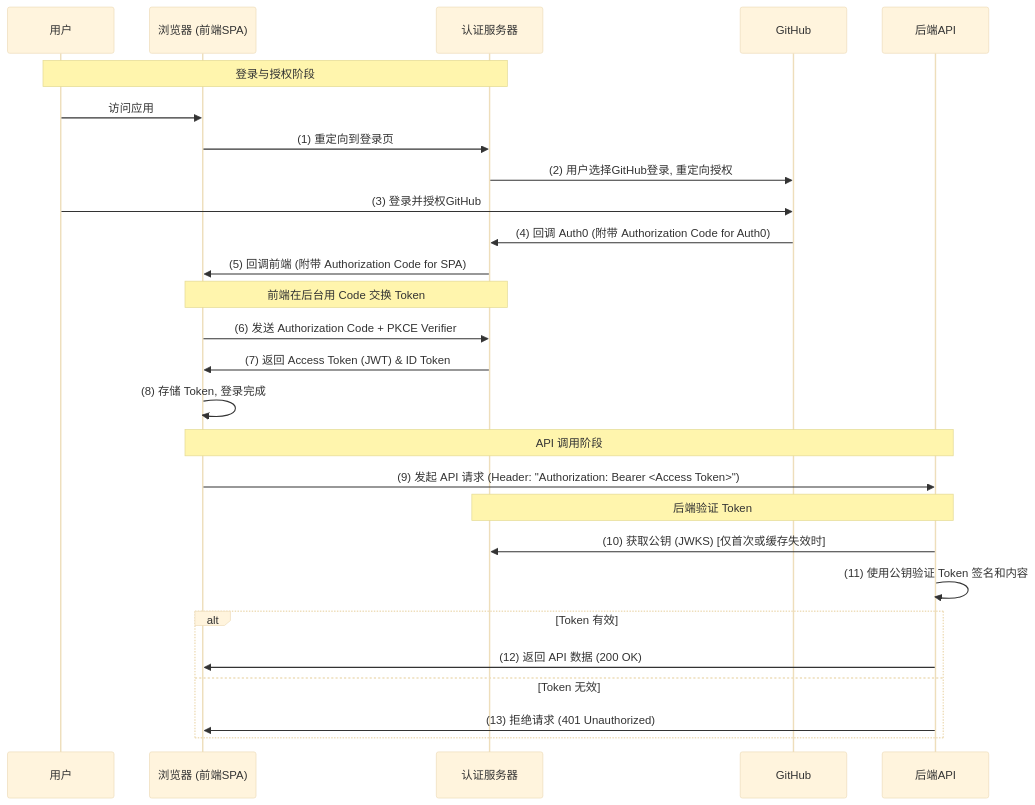
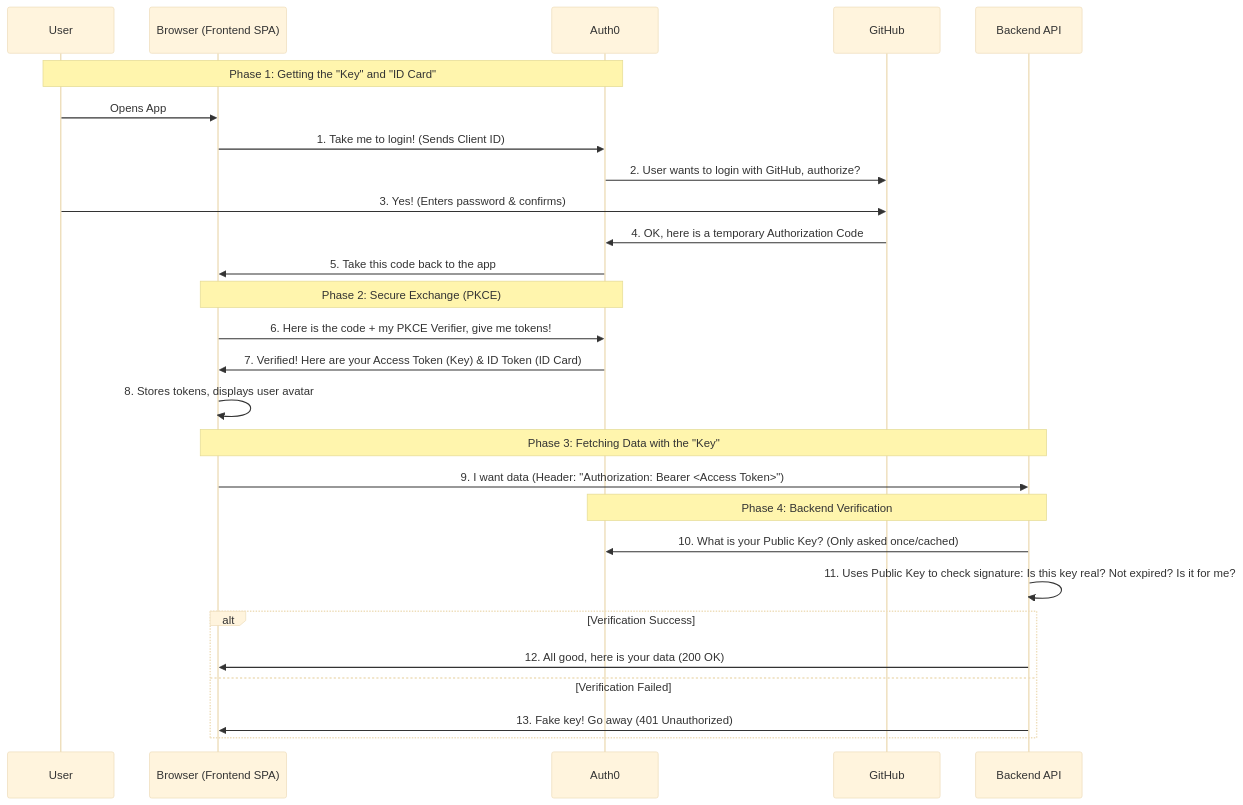
One commit to nvd11/askc-backend changed the diagram in docs/Auth0_OAuth2_Deep_Dive.md. Above: the diagram before and after it, drawn with Mermaid (base theme). The commit also changed other lines of this file and 12 other files, not shown here.

````diff
--- a/docs/Auth0_OAuth2_Deep_Dive.md
+++ b/docs/Auth0_OAuth2_Deep_Dive.md
@@ -30,36 +20,36 @@
 ```mermaid
 sequenceDiagram
-    participant User as 用户
-    participant Browser as 浏览器 (前端SPA)
-    participant Auth0 as 认证服务器
+    participant User as User
+    participant Browser as Browser (Frontend SPA)
+    participant Auth0 as Auth0
     participant GitHub
-    participant Backend as 后端API
+    participant Backend as Backend API
 
-    %% -- 登录阶段 --
-    Note over User,Auth0: 登录与授权阶段
-    User->>Browser: 访问应用
-    Browser->>Auth0: (1) 重定向到登录页
-    Auth0->>GitHub: (2) 用户选择GitHub登录, 重定向授权
-    User->>GitHub: (3) 登录并授权GitHub
-    GitHub->>Auth0: (4) 回调 Auth0 (附带 Authorization Code for Auth0)
-    Auth0->>Browser: (5) 回调前端 (附带 Authorization Code for SPA)
+    %% -- Login Phase --
+    Note over User,Auth0: Phase 1: Getting the "Key" and "ID Card"
+    User->>Browser: Opens App
+    Browser->>Auth0: 1. Take me to login! (Sends Client ID)
+    Auth0->>GitHub: 2. User wants to login with GitHub, authorize?
+    User->>GitHub: 3. Yes! (Enters password & confirms)
+    GitHub->>Auth0: 4. OK, here is a temporary Authorization Code
+    Auth0->>Browser: 5. Take this code back to the app
     
-    Note over Browser,Auth0: 前端在后台用 Code 交换 Token
-    Browser->>Auth0: (6) 发送 Authorization Code + PKCE Verifier
-    Auth0->>Browser: (7) 返回 Access Token (JWT) & ID Token
-    Browser->>Browser: (8) 存储 Token, 登录完成
+    Note over Browser,Auth0: Phase 2: Secure Exchange (PKCE)
+    Browser->>Auth0: 6. Here is the code + my PKCE Verifier, give me tokens!
+    Auth0->>Browser: 7. Verified! Here are your Access Token (Key) & ID Token (ID Card)
+    Browser->>Browser: 8. Stores tokens, displays user avatar
 
-    %% -- API 调用阶段 --
-    Note over Browser,Backend: API 调用阶段
-    Browser->>Backend: (9) 发起 API 请求 (Header: "Authorization: Bearer <Access Token>")
+    %% -- API Call Phase --
+    Note over Browser,Backend: Phase 3: Fetching Data with the "Key"
+    Browser->>Backend: 9. I want data (Header: "Authorization: Bearer <Access Token>")
     
-    Note over Backend,Auth0: 后端验证 Token
-    Backend->>Auth0: (10) 获取公钥 (JWKS) [仅首次或缓存失效时]
-    Backend->>Backend: (11) 使用公钥验证 Token 签名和内容
+    Note over Backend,Auth0: Phase 4: Backend Verification
+    Backend->>Auth0: 10. What is your Public Key? (Only asked once/cached)
+    Backend->>Backend: 11. Uses Public Key to check signature: Is this key real? Not expired? Is it for me?
     
-    alt Token 有效
-        Backend->>Browser: (12) 返回 API 数据 (200 OK)
-    else Token 无效
-        Backend->>Browser: (13) 拒绝请求 (401 Unauthorized)
+    alt Verification Success
+        Backend->>Browser: 12. All good, here is your data (200 OK)
+    else Verification Failed
+        Backend->>Browser: 13. Fake key! Go away (401 Unauthorized)
     end
 ```
````
